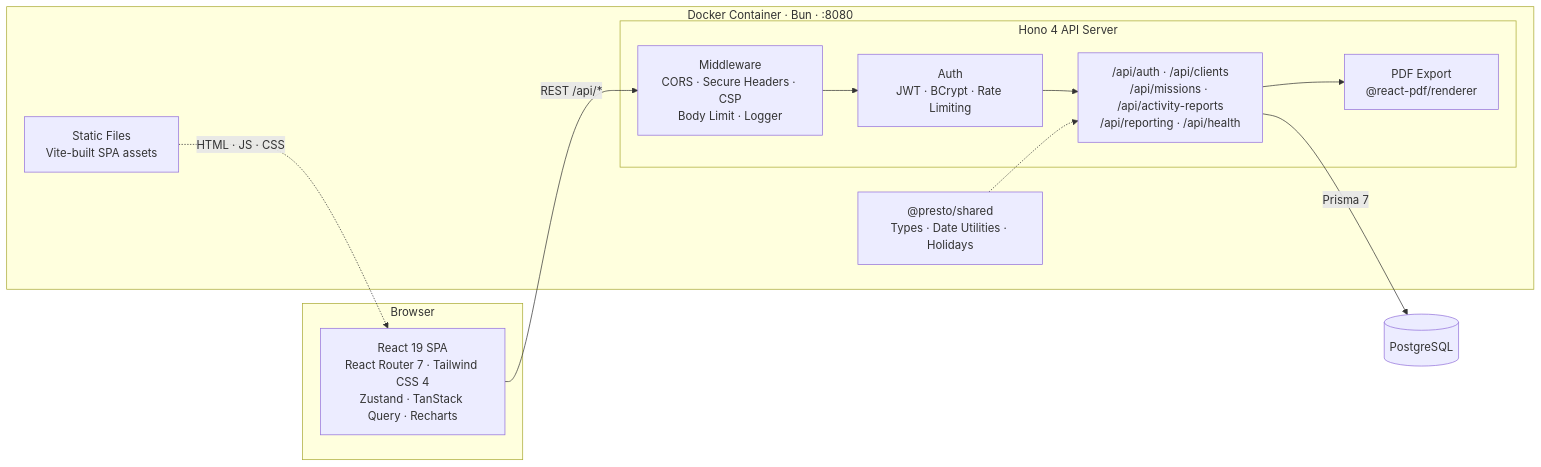
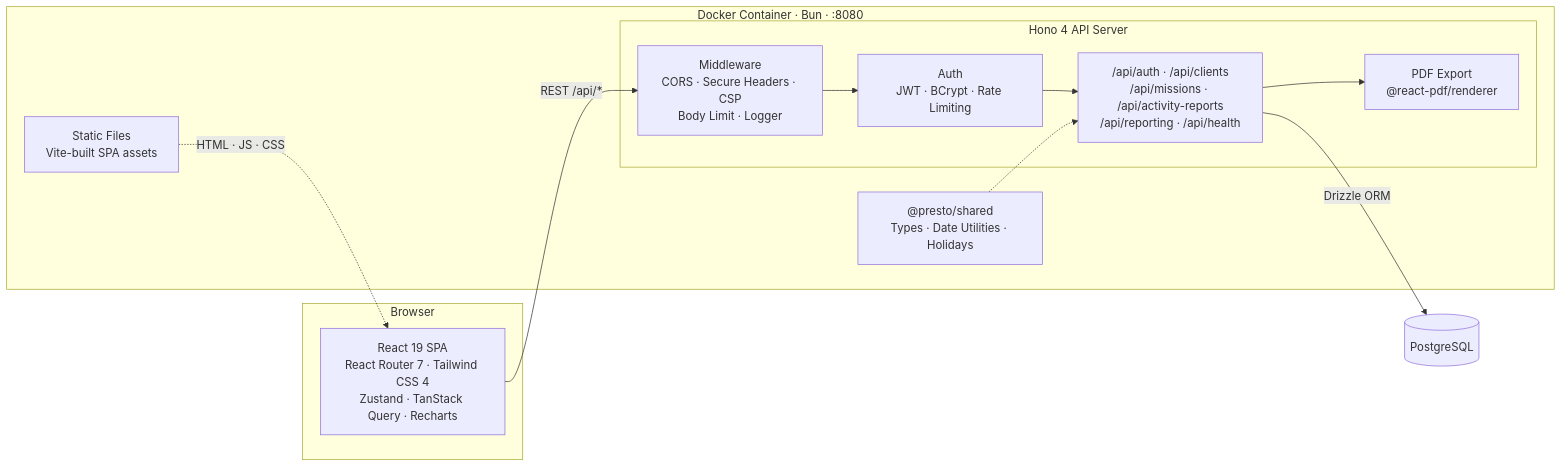
One commit to tux86/presto changed the diagram in README.md. Above: the diagram before and after it, drawn with Mermaid. The commit also changed other lines of this file and 48 other files, not shown here.

First line of the commit message:
feat: migrate from Prisma to Drizzle ORM with multi-dialect support

````diff
--- a/README.md
+++ b/README.md
@@ -120,27 +120,27 @@
 ```mermaid
 graph LR
     subgraph Browser["Browser"]
         SPA["React 19 SPA<br/>React Router 7 · Tailwind CSS 4<br/>Zustand · TanStack Query · Recharts"]
     end
 
     subgraph Docker["Docker Container · Bun · :8080"]
         Static["Static Files<br/>Vite-built SPA assets"]
         subgraph Hono["Hono 4 API Server"]
             MW["Middleware<br/>CORS · Secure Headers · CSP<br/>Body Limit · Logger"]
             Auth["Auth<br/>JWT · BCrypt · Rate Limiting"]
             Routes["/api/auth · /api/clients<br/>/api/missions · /api/activity-reports<br/>/api/reporting · /api/health"]
             PDF["PDF Export<br/>@react-pdf/renderer"]
         end
         Shared["@presto/shared<br/>Types · Date Utilities · Holidays"]
     end
 
     DB[(PostgreSQL)]
 
     Static -.->|"HTML · JS · CSS"| SPA
     SPA -->|"REST /api/*"| MW
     MW --> Auth
     Auth --> Routes
     Routes --> PDF
-    Routes -->|"Prisma 7"| DB
+    Routes -->|"Drizzle ORM"| DB
     Shared -.-> Routes
 ```
````
